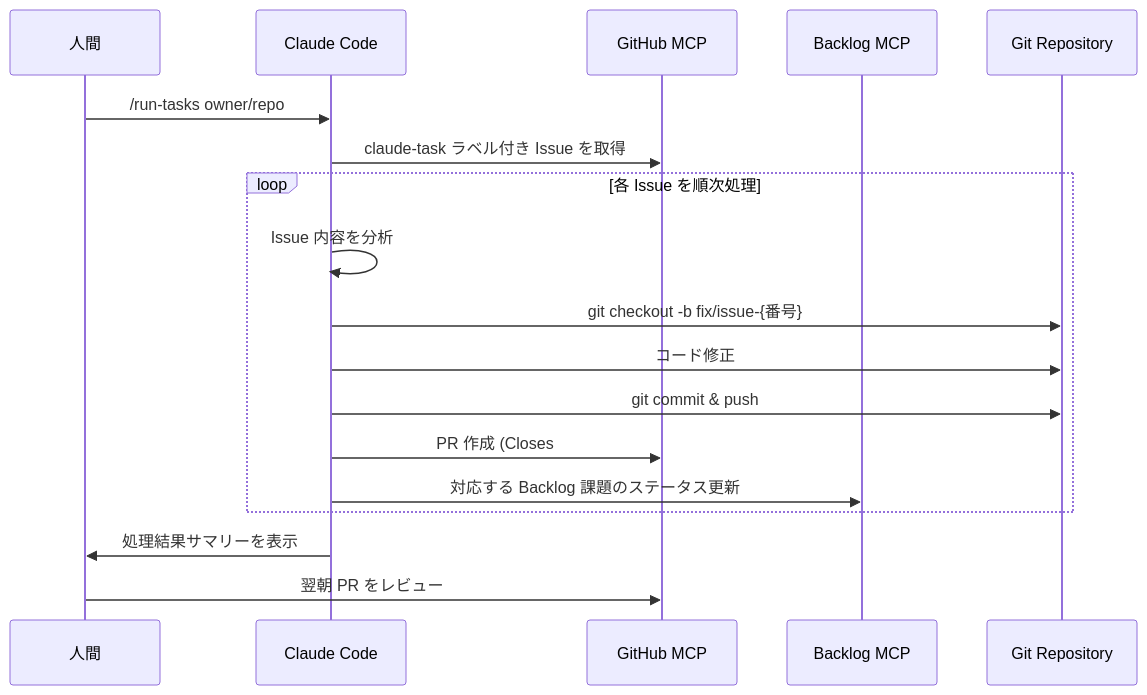
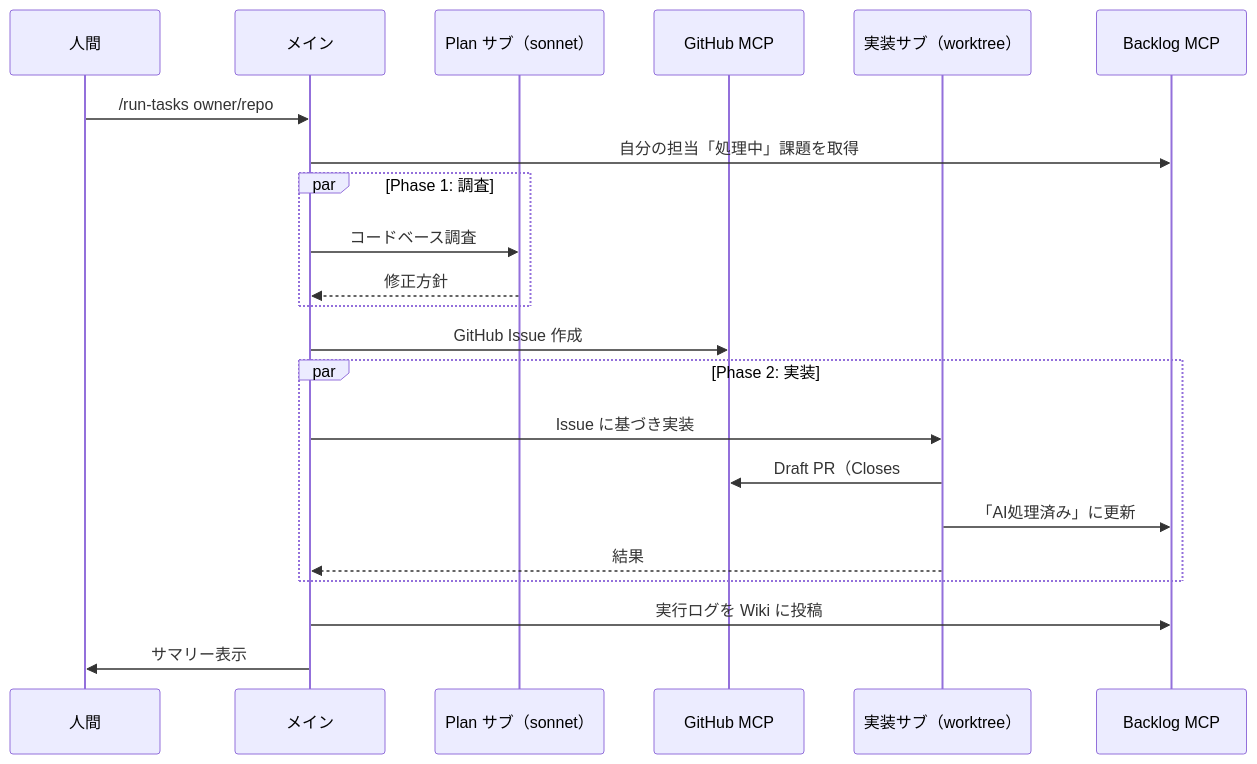
Before and after one commit to nohara-kengo/claude-state-manager: the diagram in README.md, drawn with Mermaid. The commit also changed other lines of this file and 5 other files, not shown here.

````diff
--- a/README.md
+++ b/README.md
@@ -9,24 +13,28 @@
 ```mermaid
 sequenceDiagram
     participant User as 人間
-    participant Claude as Claude Code
+    participant Main as メイン
+    participant Plan as Plan サブ（sonnet）
     participant GHMCP as GitHub MCP
+    participant Impl as 実装サブ（worktree）
     participant BLMCP as Backlog MCP
-    participant Repo as Git Repository
 
-    User->>Claude: /run-tasks owner/repo
+    User->>Main: /run-tasks owner/repo
+    Main->>BLMCP: 自分の担当「処理中」課題を取得
 
-    Claude->>GHMCP: claude-task ラベル付き Issue を取得
+    par Phase 1: 調査
+        Main->>Plan: コードベース調査
+        Plan-->>Main: 修正方針
+    end
+    Main->>GHMCP: GitHub Issue 作成
 
-    loop 各 Issue を順次処理
-        Claude->>Claude: Issue 内容を分析
-        Claude->>Repo: git checkout -b fix/issue-{番号}
-        Claude->>Repo: コード修正
-        Claude->>Repo: git commit & push
-        Claude->>GHMCP: PR 作成 (Closes #{番号})
-        Claude->>BLMCP: 対応する Backlog 課題のステータス更新
+    par Phase 2: 実装
+        Main->>Impl: Issue に基づき実装
+        Impl->>GHMCP: Draft PR（Closes #N）
+        Impl->>BLMCP: 「AI処理済み」に更新
+        Impl-->>Main: 結果
     end
 
-    Claude->>User: 処理結果サマリーを表示
-    User->>GHMCP: 翌朝 PR をレビュー
+    Main->>BLMCP: 実行ログを Wiki に投稿
+    Main->>User: サマリー表示
 ```
````
